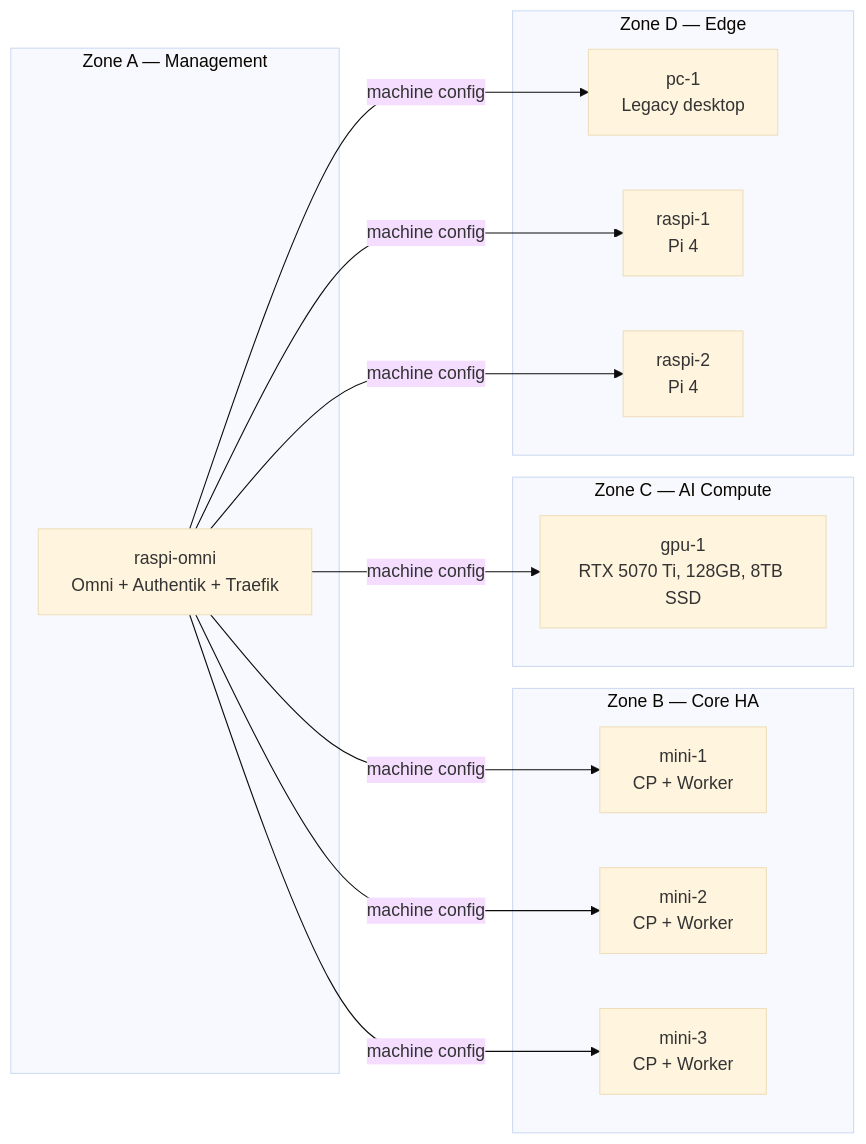
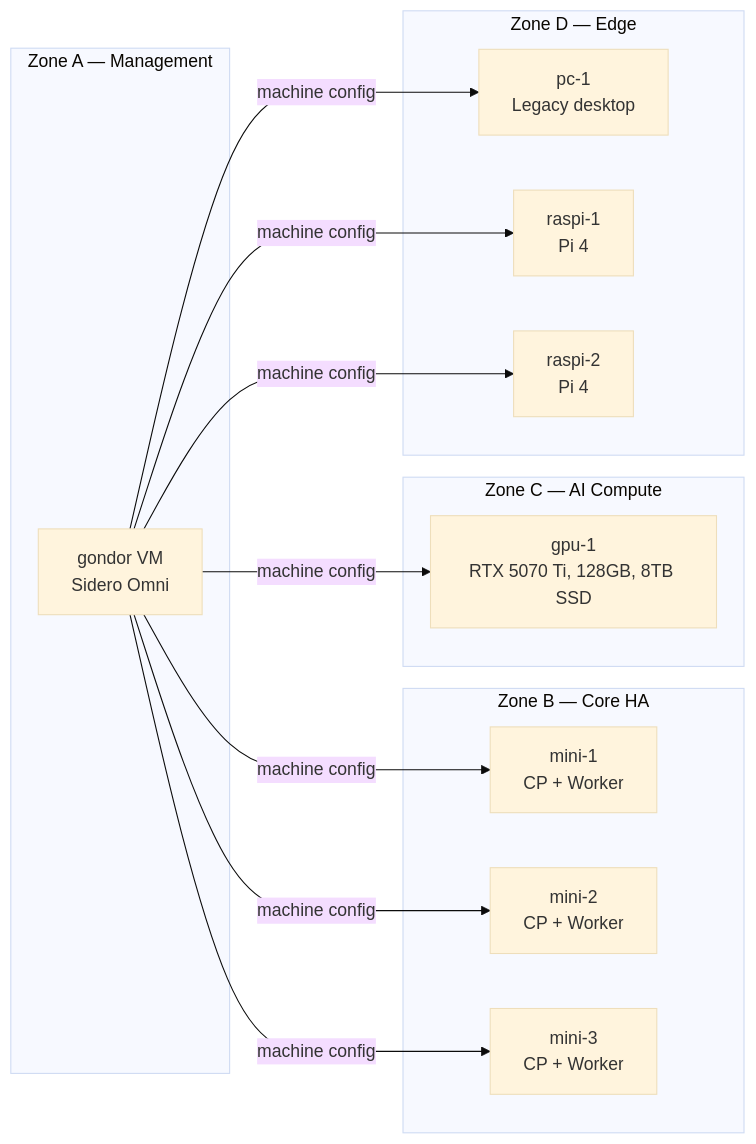
One commit to derio-net/frank changed the diagram in blog/content/docs/building/01-introduction/index.md. Above: the diagram before and after it, drawn with Mermaid (base theme). The commit also changed other lines of this file, not shown here.

First line of the commit message:
docs(blog): update intro post for Omni on gondor (#908)

````diff
--- a/blog/content/docs/building/01-introduction/index.md
+++ b/blog/content/docs/building/01-introduction/index.md
@@ -26,27 +26,27 @@
 ```mermaid
 flowchart LR
   subgraph M[Zone A — Management]
-    omni[raspi-omni<br/>Omni + Authentik + Traefik]
+    omni[gondor VM<br/>Sidero Omni]
   end
   subgraph C[Zone B — Core HA]
     n1[mini-1<br/>CP + Worker]
     n2[mini-2<br/>CP + Worker]
     n3[mini-3<br/>CP + Worker]
   end
   subgraph G[Zone C — AI Compute]
     gpu[gpu-1<br/>RTX 5070 Ti, 128GB, 8TB SSD]
   end
   subgraph E[Zone D — Edge]
     pc[pc-1<br/>Legacy desktop]
     r1[raspi-1<br/>Pi 4]
     r2[raspi-2<br/>Pi 4]
   end
 
   omni -->|machine config| n1
   omni -->|machine config| n2
   omni -->|machine config| n3
   omni -->|machine config| gpu
   omni -->|machine config| pc
   omni -->|machine config| r1
   omni -->|machine config| r2
 ```
````
